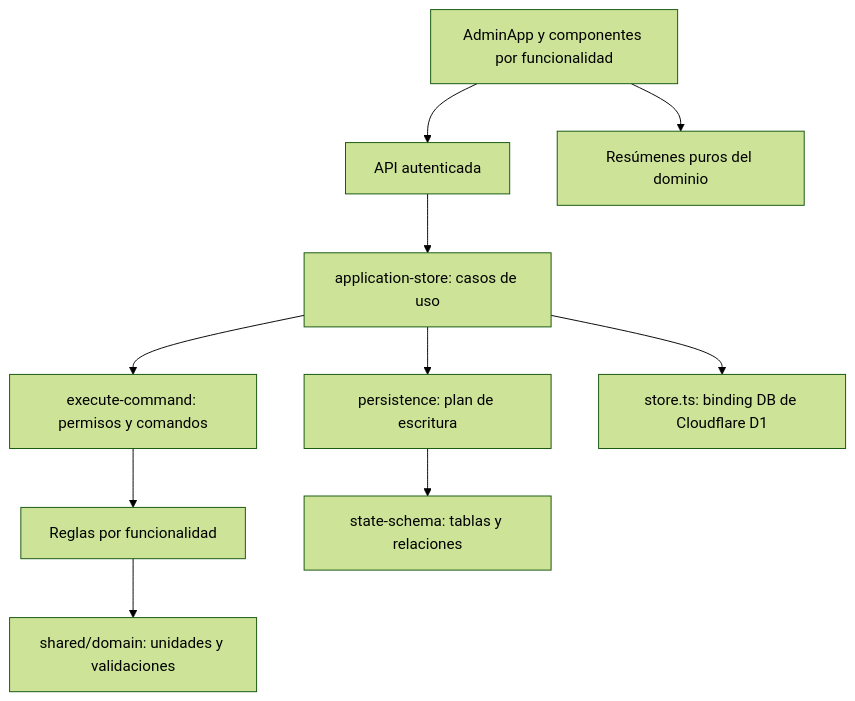
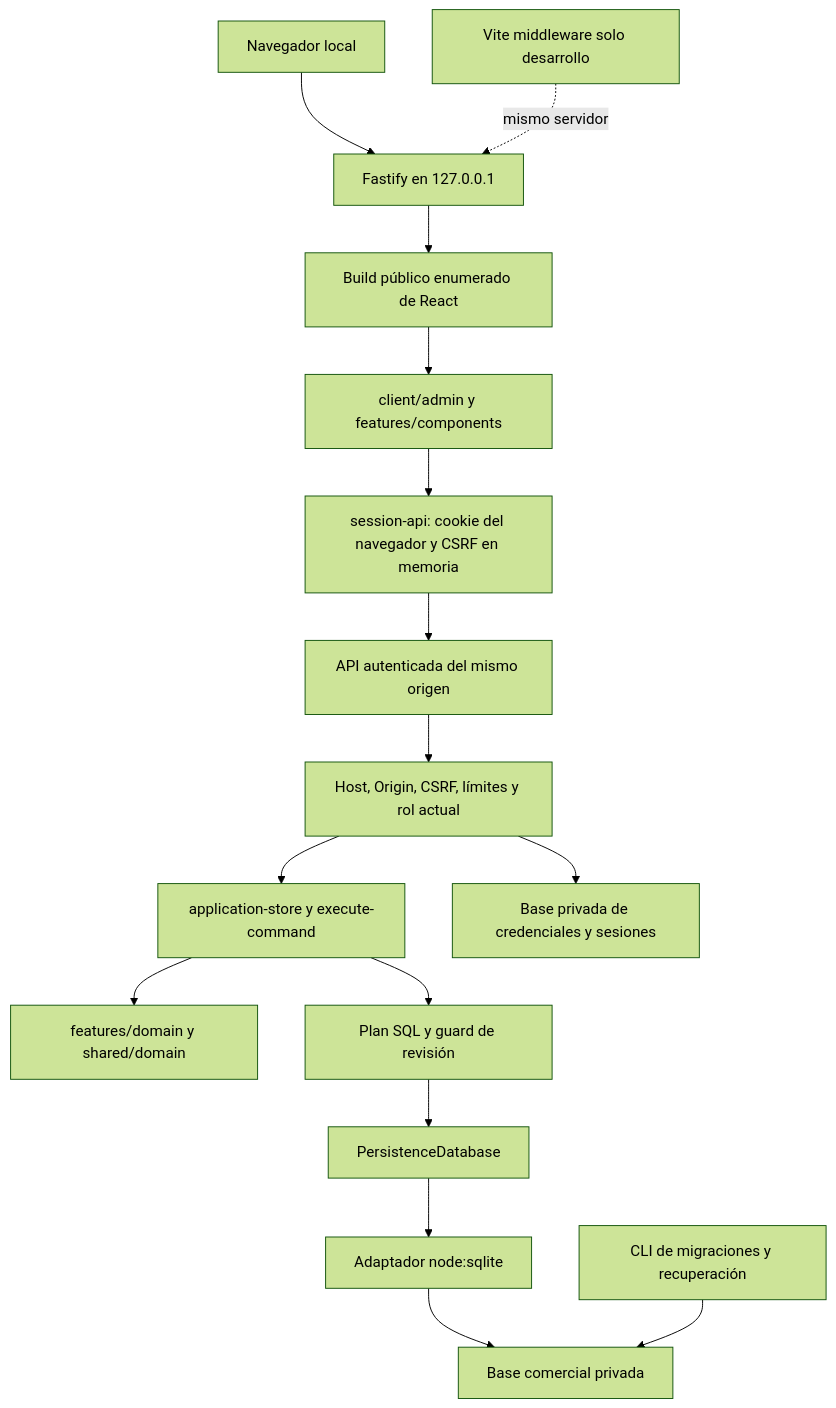
The diagram in app/docs/ARQUITECTURA.md (VicWaltzO/NutrequinePro), drawn with Mermaid (forest theme) before and after one commit. The commit also changed other lines of this file and 166 other files, not shown here.

Commit message:
Retira infraestructura Sites y Cloudflare y adopta comandos autónomos locales

````diff
--- a/app/docs/ARQUITECTURA.md
+++ b/app/docs/ARQUITECTURA.md
@@ -50,12 +34,18 @@
 ```mermaid
 flowchart TD
-  UI[AdminApp y componentes por funcionalidad] --> API[API autenticada]
-  UI --> Summary[Resúmenes puros del dominio]
-  API --> Store[application-store: casos de uso]
-  Store --> Commands[execute-command: permisos y comandos]
-  Commands --> Features[Reglas por funcionalidad]
-  Features --> Core[shared/domain: unidades y validaciones]
-  Store --> Plan[persistence: plan de escritura]
-  Plan --> Schema[state-schema: tablas y relaciones]
-  Store --> D1[store.ts: binding DB de Cloudflare D1]
+  Browser[Navegador local] --> HTTP[Fastify en 127.0.0.1]
+  HTTP --> Public[Build público enumerado de React]
+  Public --> UI[client/admin y features/components]
+  UI --> Session[session-api: cookie del navegador y CSRF en memoria]
+  Session --> API[API autenticada del mismo origen]
+  API --> Guard[Host, Origin, CSRF, límites y rol actual]
+  Guard --> Store[application-store y execute-command]
+  Store --> Domain[features/domain y shared/domain]
+  Store --> Plan[Plan SQL y guard de revisión]
+  Plan --> Port[PersistenceDatabase]
+  Port --> SQLite[Adaptador node:sqlite]
+  SQLite --> Business[Base comercial privada]
+  Guard --> Accounts[Base privada de credenciales y sesiones]
+  CLI[CLI de migraciones y recuperación] --> Business
+  Dev[Vite middleware solo desarrollo] -. mismo servidor .-> HTTP
 ```
````
